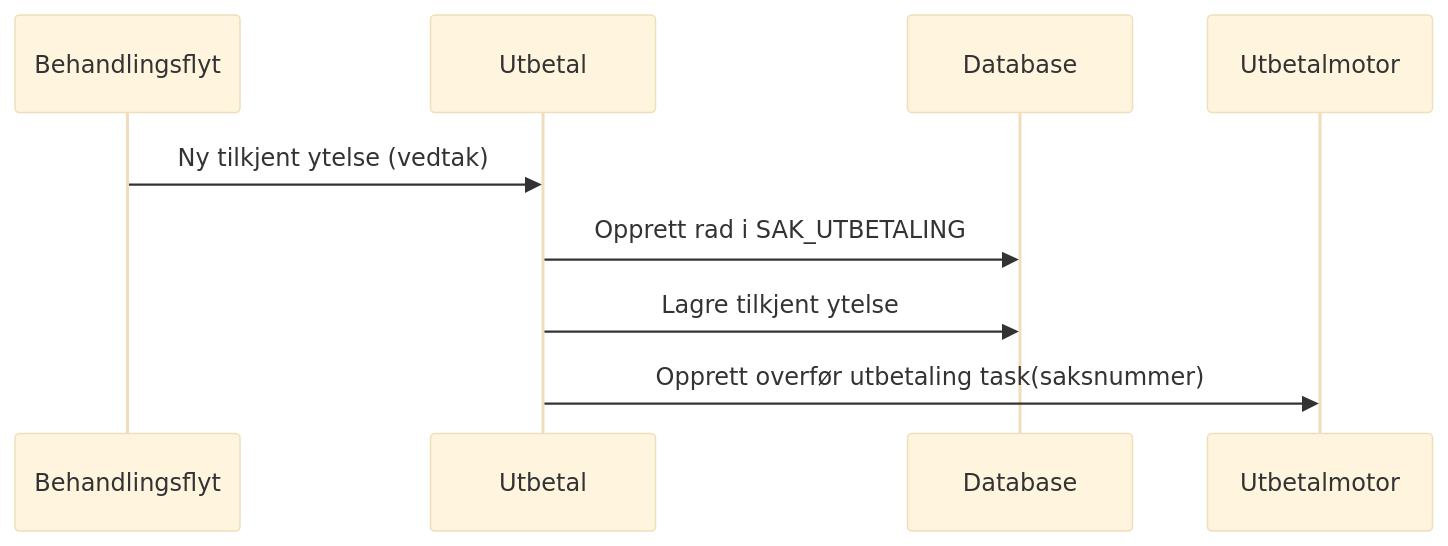
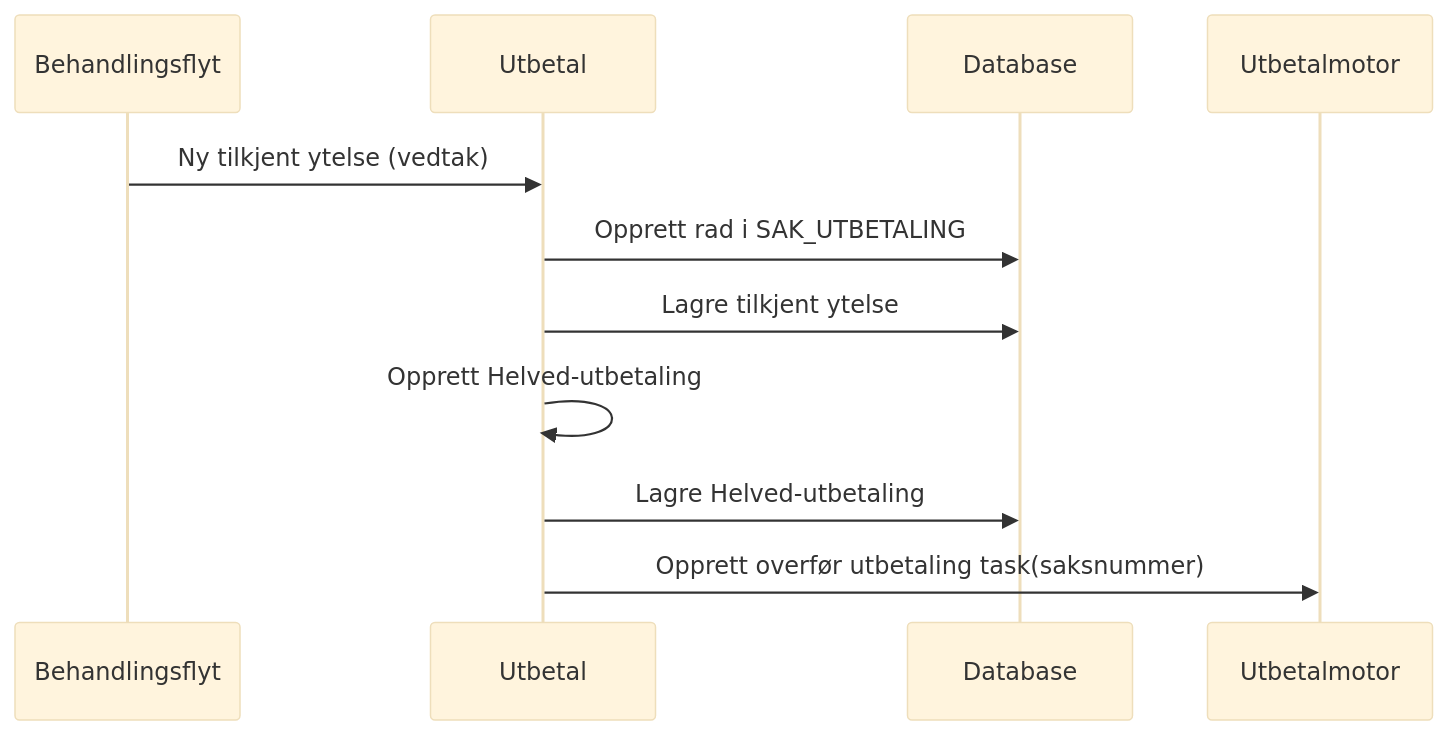
The second of 8 diagrams in README.md (navikt/aap-utbetal), drawn with Mermaid (base theme) before and after one commit. The commit also changed other lines of this file, not shown here.

Commit message:
Endret sekvensdiagrammer.

````diff
--- a/README.md
+++ b/README.md
@@ -30,8 +30,10 @@
 ```mermaid
 sequenceDiagram
 Behandlingsflyt->>Utbetal: Ny tilkjent ytelse (vedtak)
 Utbetal->>Database: Opprett rad i SAK_UTBETALING
 Utbetal->>Database: Lagre tilkjent ytelse
+Utbetal->>Utbetal: Opprett Helved-utbetaling
+Utbetal->>Database: Lagre Helved-utbetaling
 Utbetal->>Utbetalmotor: Opprett overfør utbetaling task(saksnummer)
 
 ```
````
